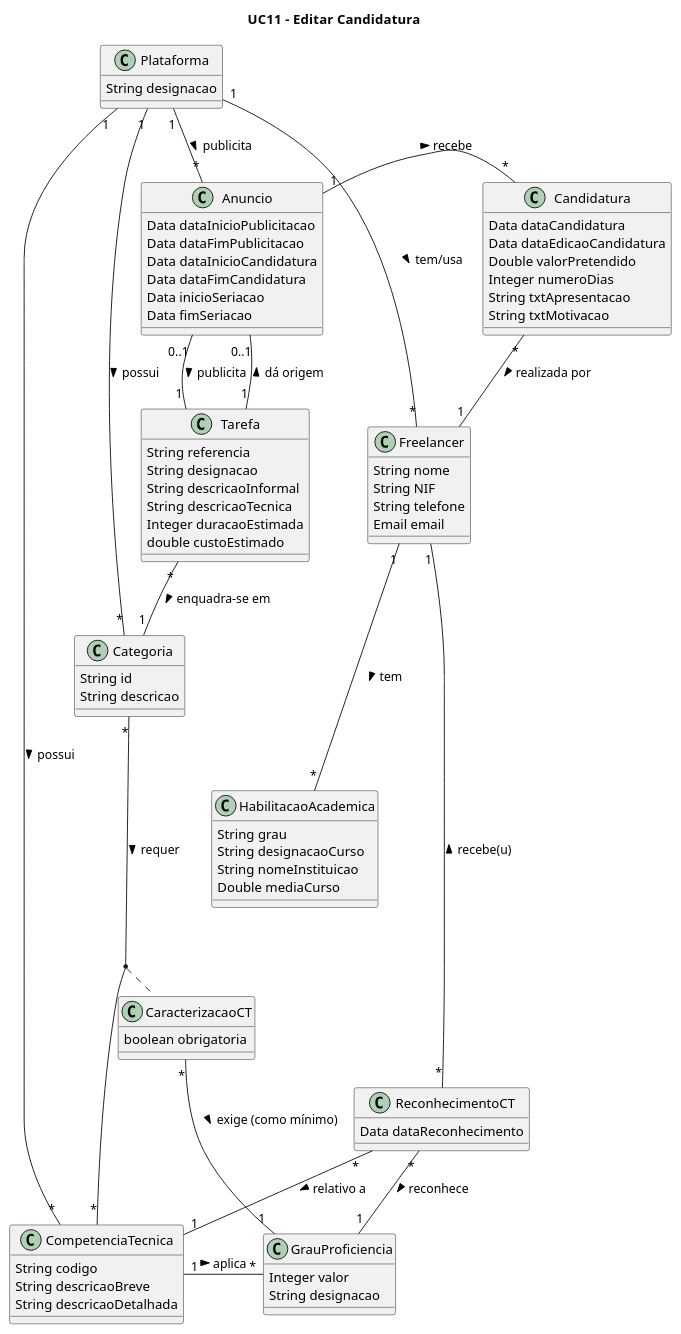
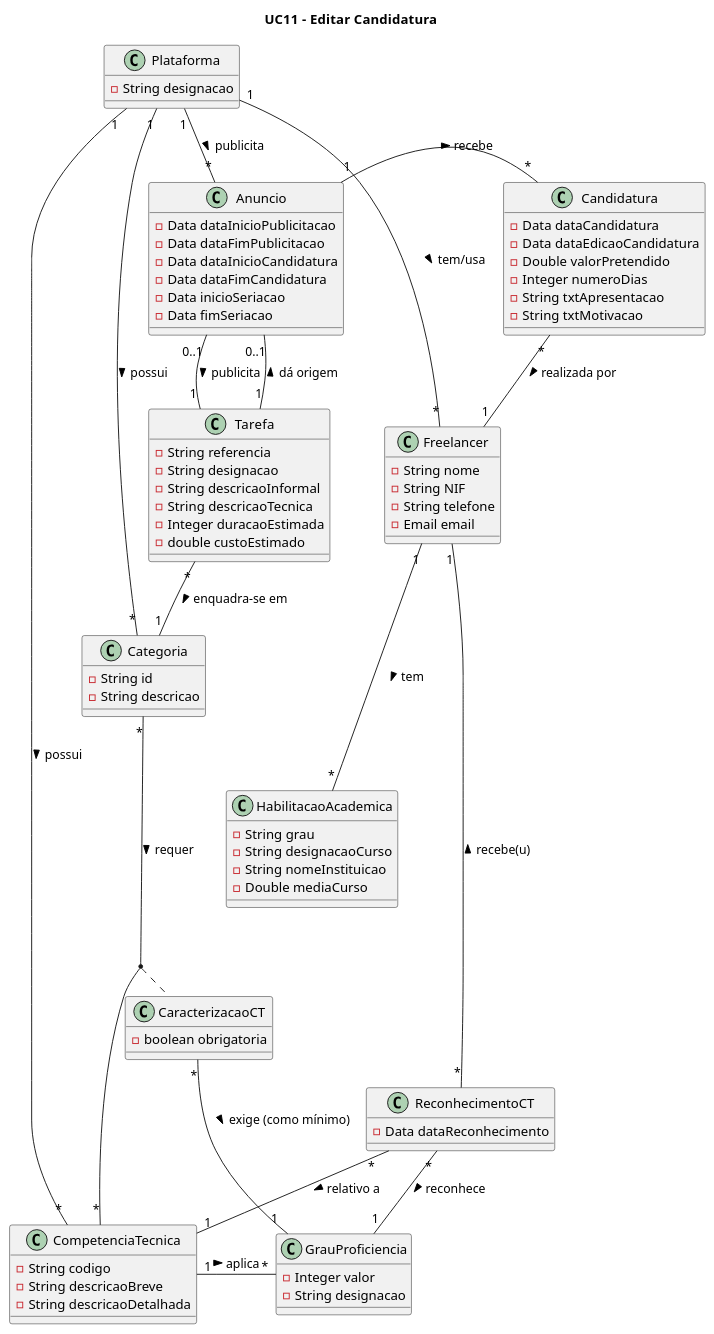
The diagram in Documentação/Sprint 4/UC11_Editar_Candidatura/UC11_ExcertoMD_Editar_Candidatura.plantuml (blestonbandeiraUPSKILL/upskill_java1_labprg_grupo2), drawn with PlantUML before and after one commit. The commit also changed 4 other files, not shown here.

```diff
--- a/Documentação/Sprint 4/UC11_Editar_Candidatura/UC11_ExcertoMD_Editar_Candidatura.plantuml
+++ b/Documentação/Sprint 4/UC11_Editar_Candidatura/UC11_ExcertoMD_Editar_Candidatura.plantuml
@@ -1,102 +1,102 @@
 @startuml
 
 title UC11 - Editar  Candidatura
 
 
 class Plataforma {
-    String designacao
+    -String designacao
 }
 
 class Anuncio {
-    Data dataInicioPublicitacao
-    Data dataFimPublicitacao
-    Data dataInicioCandidatura
-    Data dataFimCandidatura
-    Data inicioSeriacao
-    Data fimSeriacao
+    -Data dataInicioPublicitacao
+    -Data dataFimPublicitacao
+    -Data dataInicioCandidatura
+    -Data dataFimCandidatura
+    -Data inicioSeriacao
+    -Data fimSeriacao
 }
 
 class Categoria {
-    String id 
-    String descricao
+    -String id 
+    -String descricao
 }
 
 class GrauProficiencia {
-    Integer valor
-    String designacao
+    -Integer valor
+    -String designacao
 }
 
 class CaracterizacaoCT {
-    boolean obrigatoria
+    -boolean obrigatoria
 }
 class CompetenciaTecnica {
-    String codigo
-    String descricaoBreve
-    String descricaoDetalhada
+    -String codigo
+    -String descricaoBreve
+    -String descricaoDetalhada
 }
 
 class Tarefa {
-    String referencia
-    String designacao
-    String descricaoInformal
-    String descricaoTecnica
-    Integer duracaoEstimada
-    double custoEstimado
+    -String referencia
+    -String designacao
+    -String descricaoInformal
+    -String descricaoTecnica
+    -Integer duracaoEstimada
+    -double custoEstimado
 }
 
 class Freelancer {
-    String nome 
-    String NIF
-    String telefone
-    Email email
+    -String nome 
+    -String NIF
+    -String telefone
+    -Email email
 }
 
 class Candidatura {
-    Data dataCandidatura
-    Data dataEdicaoCandidatura
-    Double valorPretendido
-    Integer numeroDias
-    String txtApresentacao
-    String txtMotivacao
+    -Data dataCandidatura
+    -Data dataEdicaoCandidatura
+    -Double valorPretendido
+    -Integer numeroDias
+    -String txtApresentacao
+    -String txtMotivacao
 }
 
 class HabilitacaoAcademica{
-    String grau
-    String designacaoCurso
-    String nomeInstituicao
-    Double mediaCurso
+    -String grau
+    -String designacaoCurso
+    -String nomeInstituicao
+    -Double mediaCurso
 }
 
 class ReconhecimentoCT {
-    Data dataReconhecimento
+    -Data dataReconhecimento
 }
 
 
 Plataforma "1" -- "*" Categoria : possui >
 Plataforma "1" -- "*" Anuncio : publicita >
 Plataforma "1" -- "*" CompetenciaTecnica : possui >
 Plataforma "1" -- "*" Freelancer : tem/usa >
 
 Anuncio "0..1" -- "1" Tarefa : publicita >
 Anuncio "0..1" -- "1" Tarefa : dá origem <
 Anuncio "1" - "*" Candidatura : recebe >
 
 Tarefa "*" -- "1" Categoria : enquadra-se em >
 
 Candidatura "*" -- "1" Freelancer : realizada por >
 
 Freelancer "1" --- "*" HabilitacaoAcademica : tem >
 Freelancer "1" --- "*" ReconhecimentoCT : recebe(u) <
 
 ReconhecimentoCT "*" - "1" CompetenciaTecnica : relativo a >
 ReconhecimentoCT "*" -- "1" GrauProficiencia : reconhece >
 
 CompetenciaTecnica "1" - "*" GrauProficiencia : aplica >
 
 CaracterizacaoCT "*" - "1" GrauProficiencia : exige (como mínimo) >
 
 Categoria "*" --- "*" CompetenciaTecnica : requer >
 
 (Categoria, CompetenciaTecnica) . CaracterizacaoCT
 
 @enduml
```
